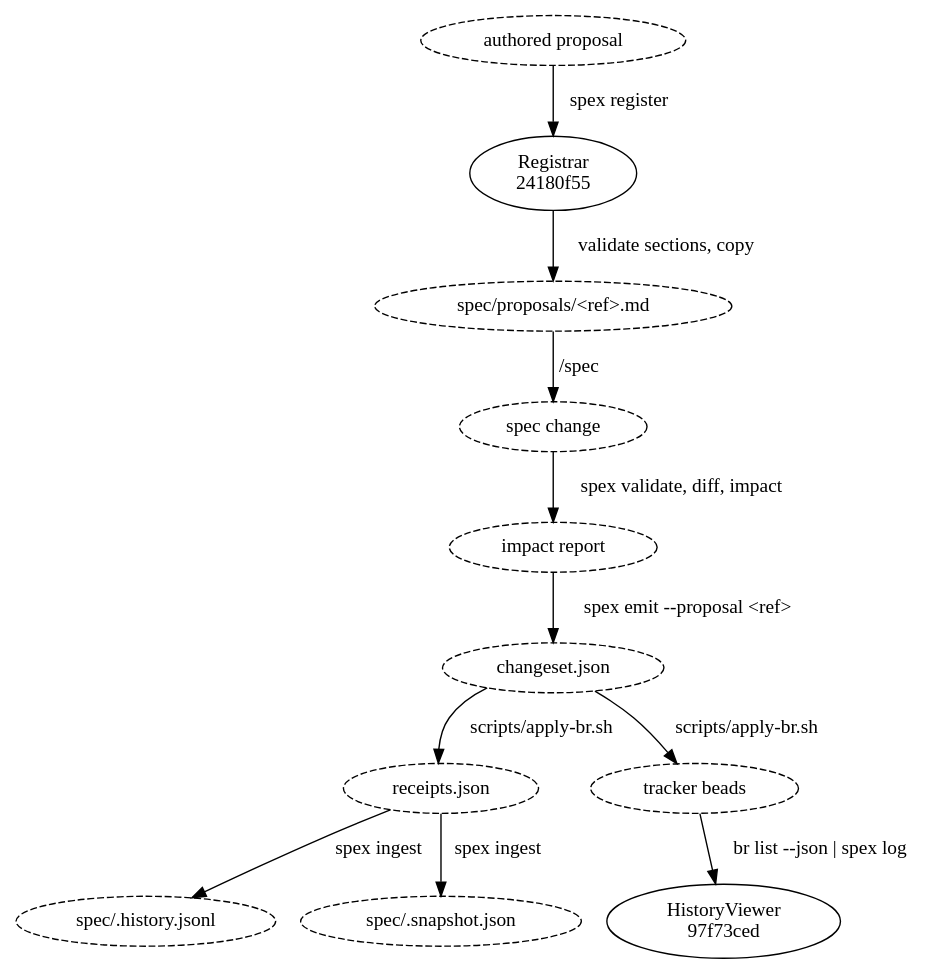
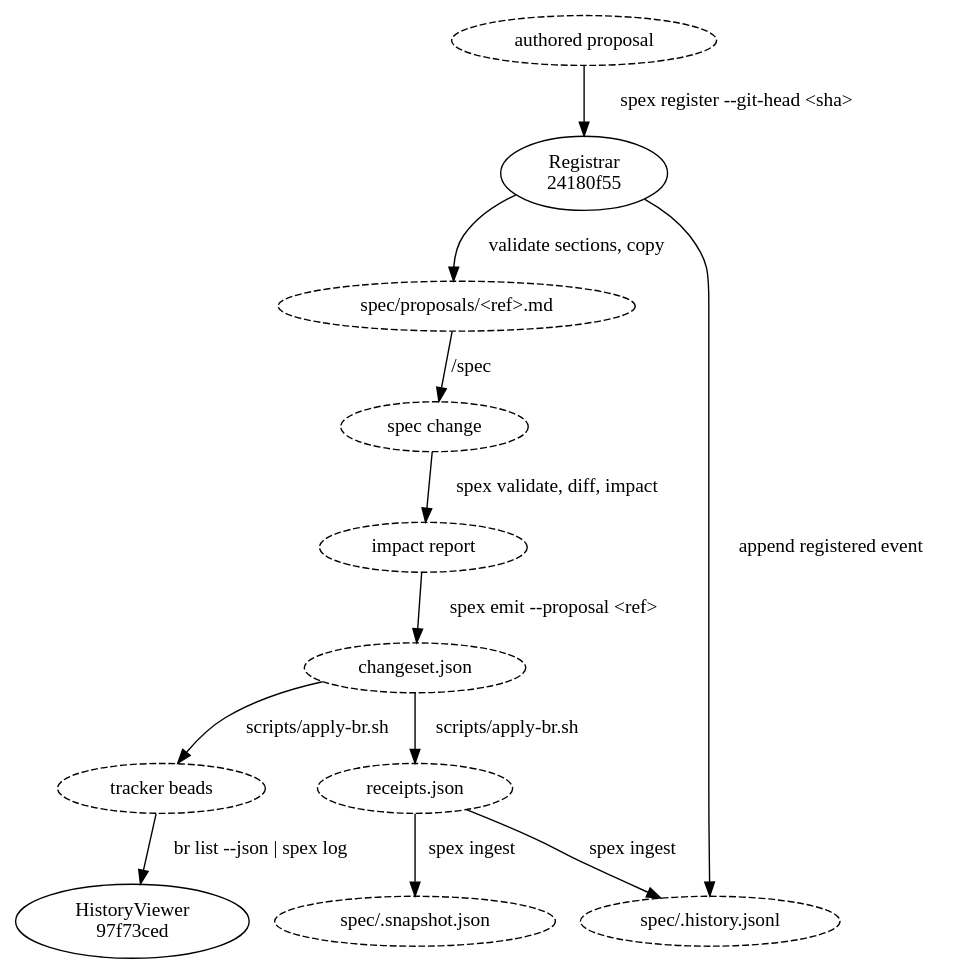
One commit to dmitriyb/spexmachina changed the diagram in spec/proposal/flow_proposal_lifecycle.md. Above: the diagram before and after it, drawn with Graphviz. The commit also changed other lines of this file and 45 other files, not shown here.

First line of the commit message:
spec: event-keyed linkage — labels, pairings, and briefings key on eids

````diff
--- a/spec/proposal/flow_proposal_lifecycle.md
+++ b/spec/proposal/flow_proposal_lifecycle.md
@@ -5,26 +5,27 @@
 ```dot
 digraph proposal_lifecycle {
     "authored proposal"       [style=dashed];
     "24180f55c0b4"            [label="Registrar\n24180f55"];
     "spec/proposals/<ref>.md" [style=dashed];
     "spec change"             [style=dashed];
     "impact report"           [style=dashed];
     "changeset.json"          [style=dashed];
     "receipts.json"           [style=dashed];
     "tracker beads"           [style=dashed];
     "spec/.history.jsonl"     [style=dashed];
     "spec/.snapshot.json"     [style=dashed];
     "97f73ced5a02"            [label="HistoryViewer\n97f73ced"];
 
-    "authored proposal"       -> "24180f55c0b4"            [label="spex register"];
+    "authored proposal"       -> "24180f55c0b4"            [label="spex register --git-head <sha>"];
+    "24180f55c0b4"            -> "spec/.history.jsonl"     [label="append registered event"];
     "24180f55c0b4"            -> "spec/proposals/<ref>.md" [label="validate sections, copy"];
     "spec/proposals/<ref>.md" -> "spec change"             [label="/spec"];
     "spec change"             -> "impact report"           [label="spex validate, diff, impact"];
     "impact report"           -> "changeset.json"          [label="spex emit --proposal <ref>"];
     "changeset.json"          -> "tracker beads"           [label="scripts/apply-br.sh"];
     "changeset.json"          -> "receipts.json"           [label="scripts/apply-br.sh"];
     "receipts.json"           -> "spec/.history.jsonl"     [label="spex ingest"];
     "receipts.json"           -> "spec/.snapshot.json"     [label="spex ingest"];
     "tracker beads"           -> "97f73ced5a02"            [label="br list --json | spex log"];
 }
 ```
````
